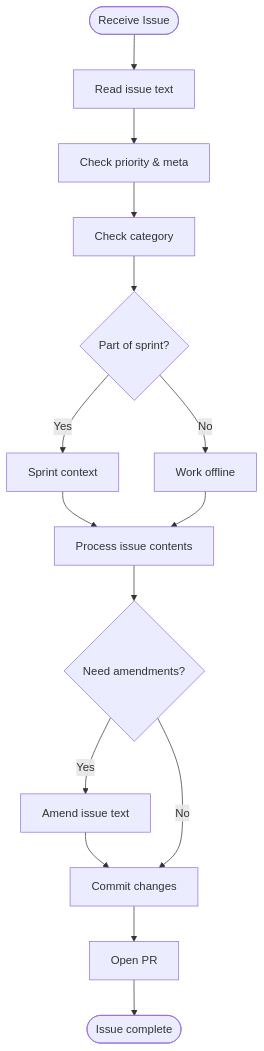
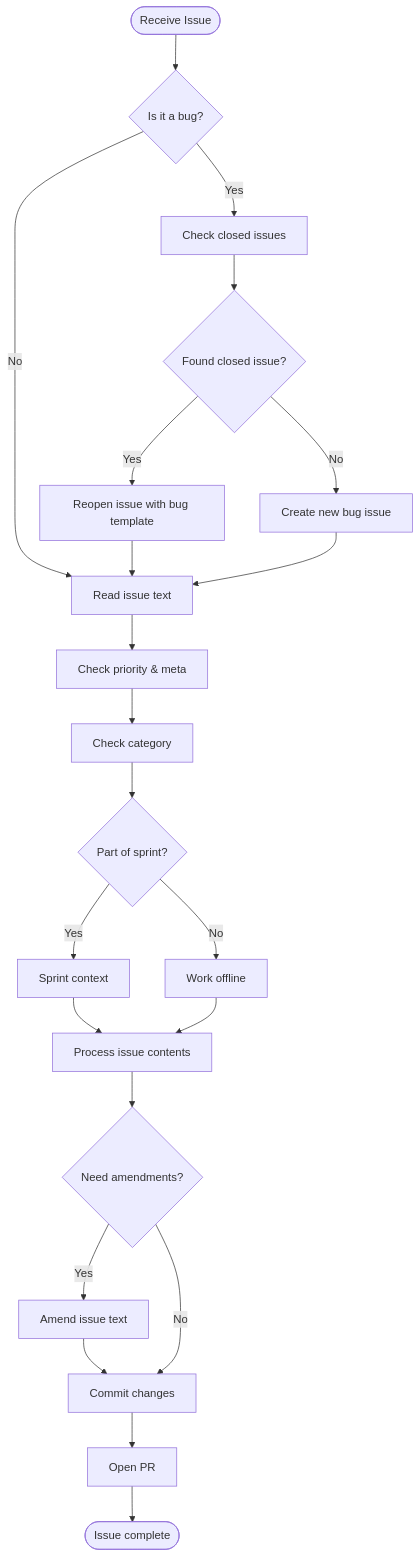
One commit to plva/econexyz changed the diagram in docs/workflows/issue_workflow.md. Above: the diagram before and after it, drawn with Mermaid. The commit also changed other lines of this file and 5 other files, not shown here.

Commit message:
Add bug tracking scaffolding and issue

````diff
--- a/docs/workflows/issue_workflow.md
+++ b/docs/workflows/issue_workflow.md
@@ -3,17 +3,24 @@
 ```mermaid
 flowchart TD
-    start([Receive Issue]) --> read[Read issue text]
+    start([Receive Issue]) --> isBug{Is it a bug?}
+    isBug -->|Yes| checkClosed[Check closed issues]
+    isBug -->|No| read[Read issue text]
+    checkClosed --> existingBug{Found closed issue?}
+    existingBug -->|Yes| reopen[Reopen issue with bug template]
+    existingBug -->|No| newBug[Create new bug issue]
+    reopen --> read
+    newBug --> read
     read --> meta[Check priority & meta]
     meta --> category[Check category]
     category --> inSprint{Part of sprint?}
     inSprint -->|Yes| sprint[Sprint context]
     inSprint -->|No| offline[Work offline]
     sprint --> process[Process issue contents]
     offline --> process
     process --> amend{Need amendments?}
     amend -->|Yes| edit[Amend issue text]
     edit --> commit[Commit changes]
     amend -->|No| commit
     commit --> pr[Open PR]
     pr --> done([Issue complete])
 ```
````
